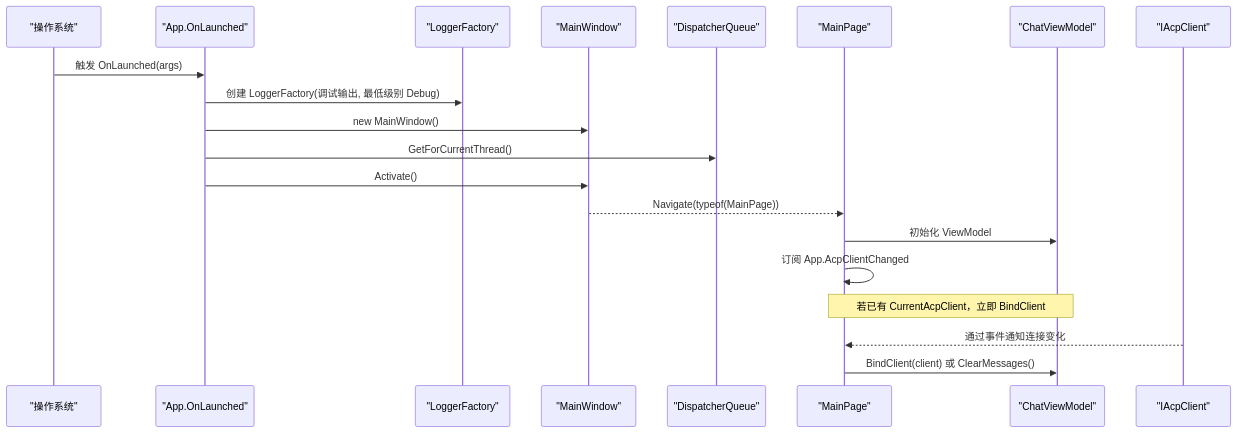
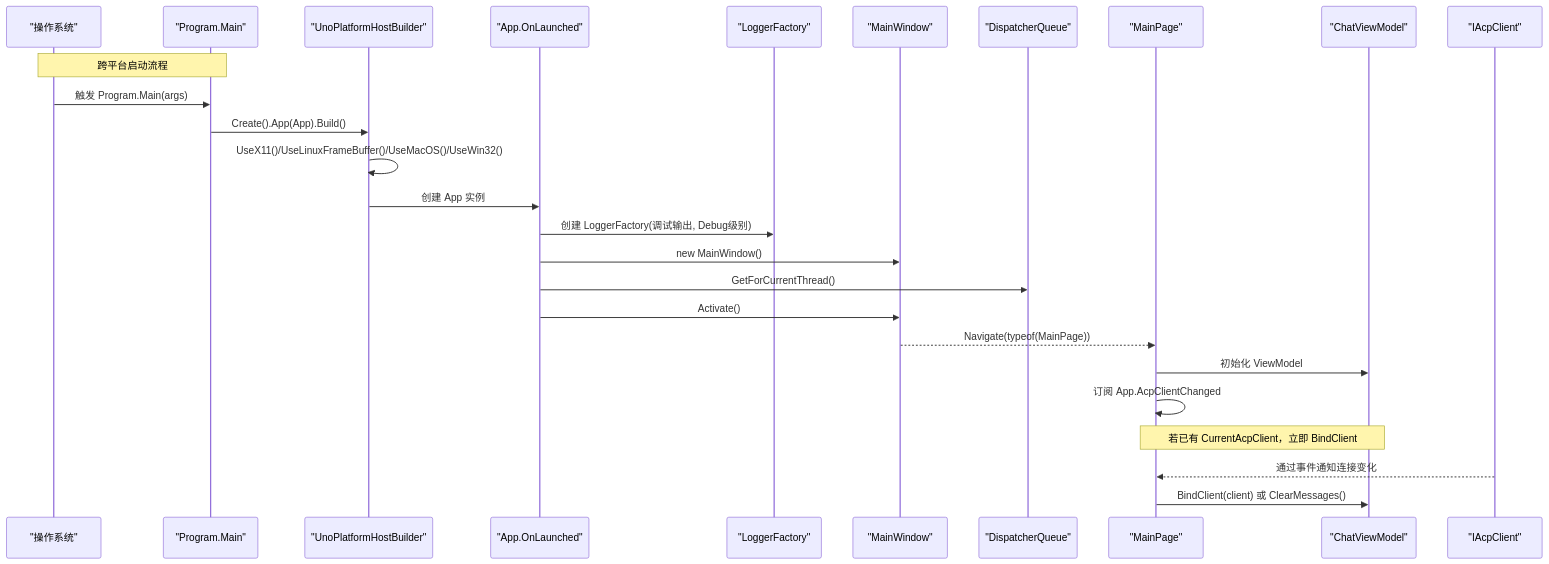
Before and after one commit to AgenticDesktop/App: the second of 3 diagrams in .qoder/repowiki/zh/content/开发指南/项目结构/应用程序入口.md, drawn with Mermaid. The commit also changed other lines of this file and 19 other files, not shown here.

````diff
--- a/.qoder/repowiki/zh/content/开发指南/项目结构/应用程序入口.md
+++ b/.qoder/repowiki/zh/content/开发指南/项目结构/应用程序入口.md
@@ -70,22 +89,28 @@
 ```mermaid
 sequenceDiagram
 participant OS as "操作系统"
+participant Entry as "Program.Main"
+participant Host as "UnoPlatformHostBuilder"
 participant App as "App.OnLaunched"
 participant Log as "LoggerFactory"
 participant Win as "MainWindow"
 participant UI as "DispatcherQueue"
 participant Page as "MainPage"
 participant VM as "ChatViewModel"
 participant ACP as "IAcpClient"
-OS->>App : 触发 OnLaunched(args)
-App->>Log : 创建 LoggerFactory(调试输出, 最低级别 Debug)
+Note over OS,Entry : 跨平台启动流程
+OS->>Entry : 触发 Program.Main(args)
+Entry->>Host : Create().App(App).Build()
+Host->>Host : UseX11()/UseLinuxFrameBuffer()/UseMacOS()/UseWin32()
+Host->>App : 创建 App 实例
+App->>Log : 创建 LoggerFactory(调试输出, Debug级别)
 App->>Win : new MainWindow()
 App->>UI : GetForCurrentThread()
 App->>Win : Activate()
 Win-->>Page : Navigate(typeof(MainPage))
 Page->>VM : 初始化 ViewModel
 Page->>Page : 订阅 App.AcpClientChanged
 Note over Page,VM : 若已有 CurrentAcpClient，立即 BindClient
 ACP-->>Page : 通过事件通知连接变化
 Page->>VM : BindClient(client) 或 ClearMessages()
 ```
````
